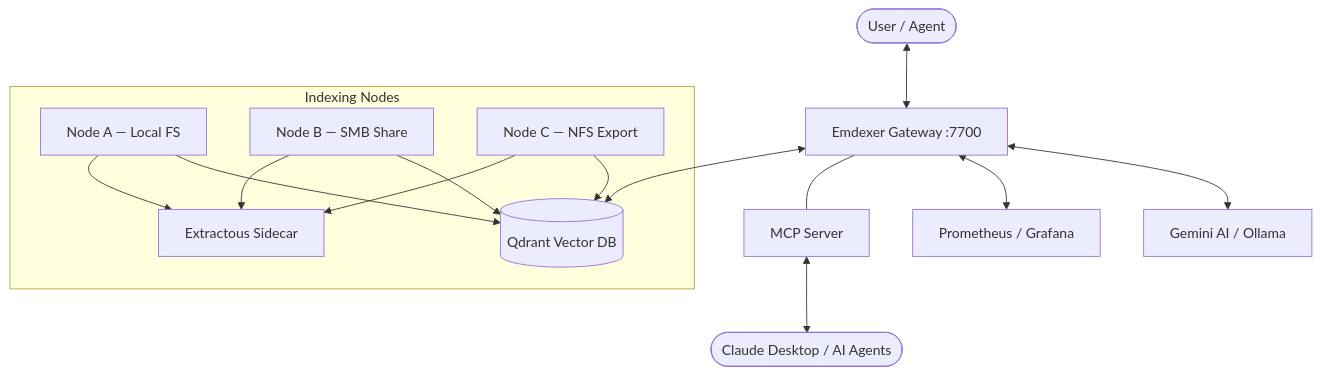
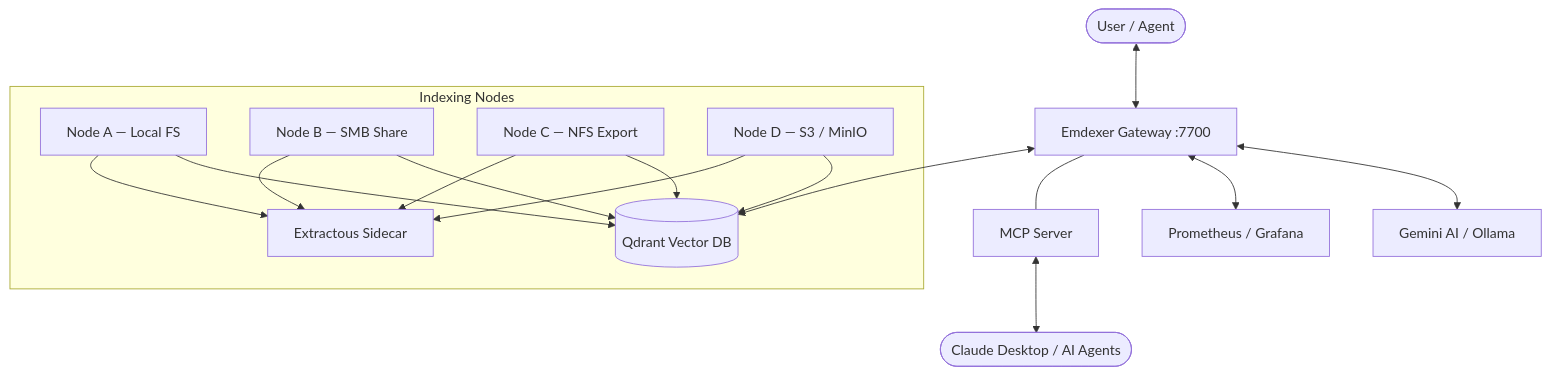
One commit to piotrlaczykowski/emdexer changed the diagram in README.md. Above: the diagram before and after it, drawn with Mermaid. The commit also changed other lines of this file and 3 other files, not shown here.

````diff
--- a/README.md
+++ b/README.md
@@ -47,17 +49,18 @@
 ```mermaid
 graph TD
     User([User / Agent]) <--> Gateway[Emdexer Gateway :7700]
     Gateway <--> Qdrant[(Qdrant Vector DB)]
     Gateway <--> Gemini[Gemini AI / Ollama]
     Gateway <--> Metrics[Prometheus / Grafana]
 
     subgraph "Indexing Nodes"
         NodeA[Node A — Local FS] --> Qdrant
         NodeB[Node B — SMB Share] --> Qdrant
         NodeC[Node C — NFS Export] --> Qdrant
-        NodeA & NodeB & NodeC --> Extractous[Extractous Sidecar]
+        NodeD[Node D — S3 / MinIO] --> Qdrant
+        NodeA & NodeB & NodeC & NodeD --> Extractous[Extractous Sidecar]
     end
 
     Gateway --- MCP[MCP Server]
     MCP <--> Claude([Claude Desktop / AI Agents])
 ```
````
